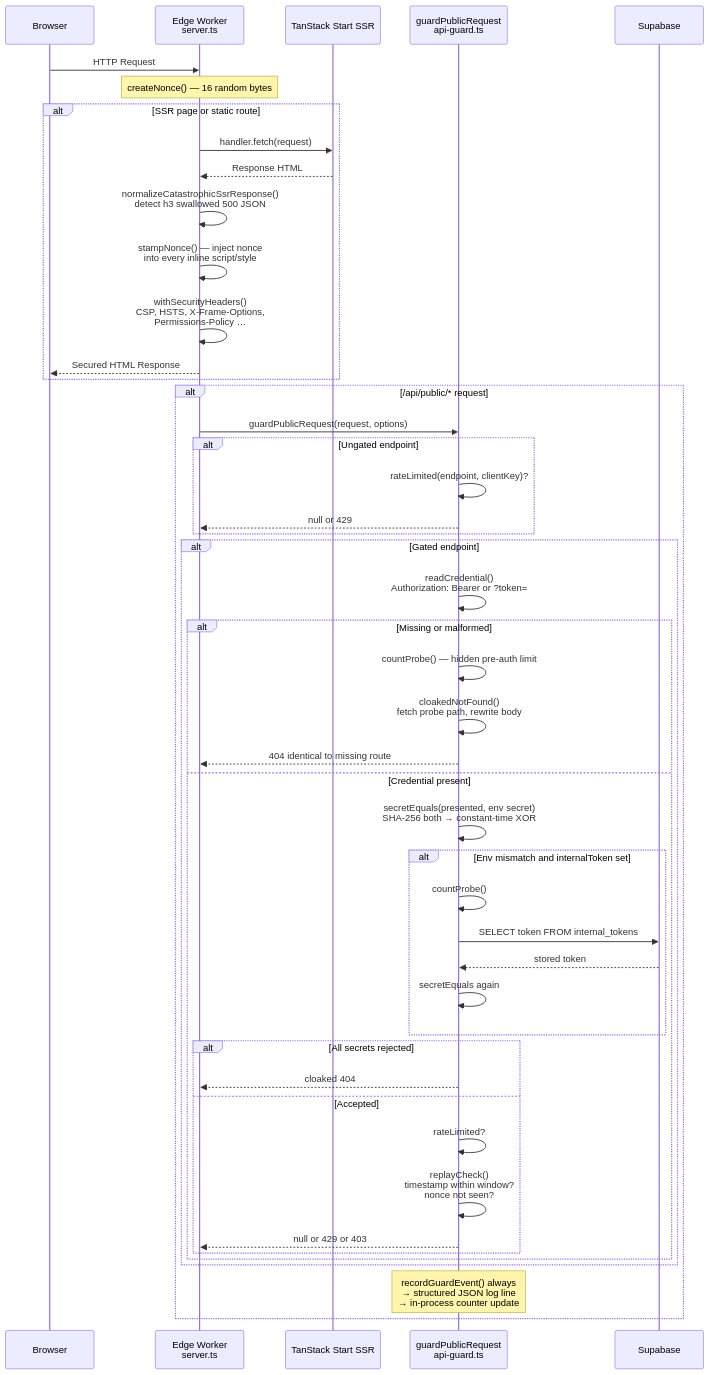
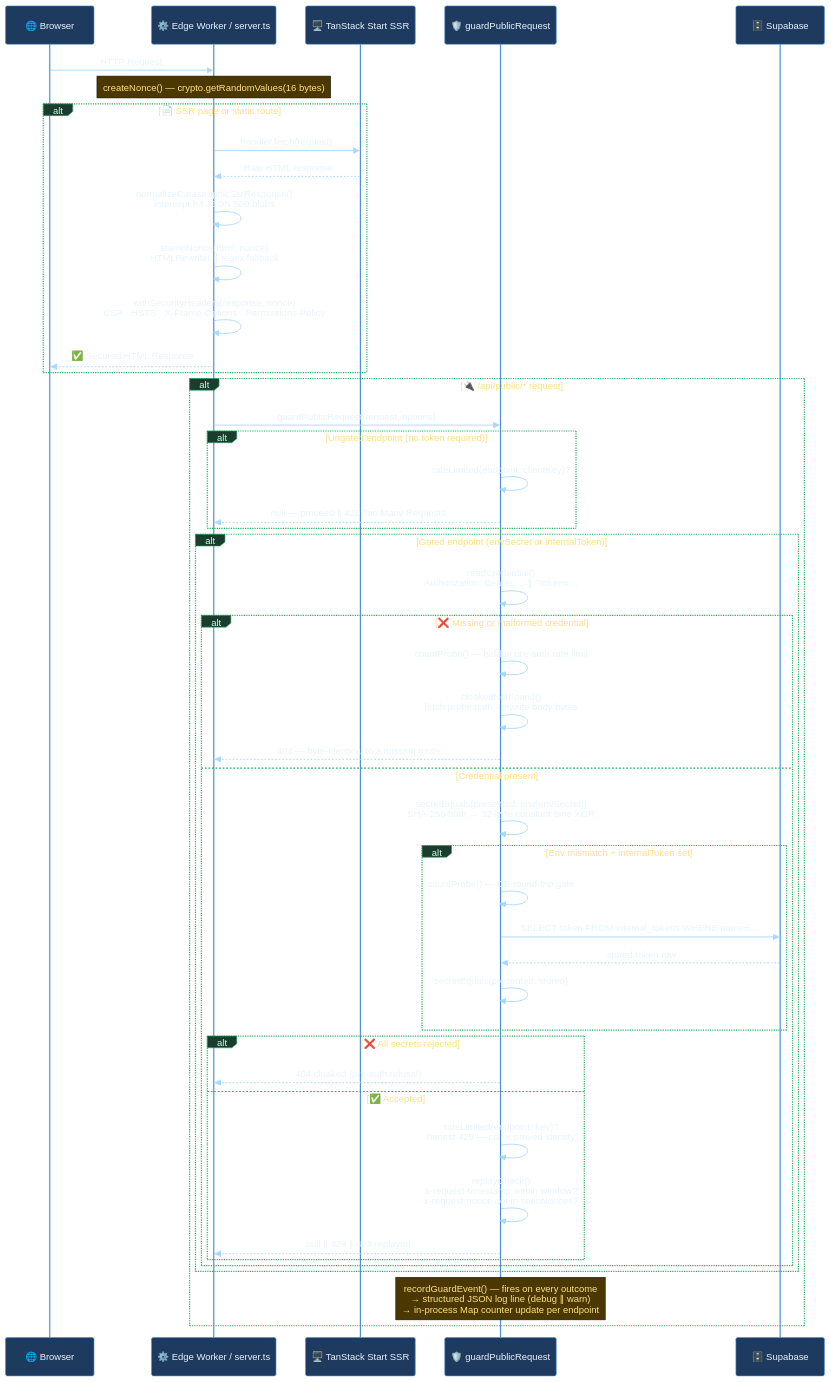
The first of 3 diagrams in docs/engineering/ADR-001.md (VIKAS9793/vouchlist), drawn with Mermaid before and after one commit. The commit also changed other lines of this file, not shown here.

Commit message:
docs(adr): rich colour themes in all 3 Mermaid diagrams; aligned table columns

````diff
--- a/docs/engineering/ADR-001.md
+++ b/docs/engineering/ADR-001.md
@@ -214,55 +217,84 @@
 ```mermaid
+%%{init: {
+  "theme": "base",
+  "themeVariables": {
+    "primaryColor":       "#1e3a5f",
+    "primaryTextColor":   "#e8f4ff",
+    "primaryBorderColor": "#4a90d9",
+    "secondaryColor":     "#2e2e2e",
+    "secondaryTextColor": "#ffffff",
+    "tertiaryColor":      "#1a3d2e",
+    "tertiaryTextColor":  "#c8ffe8",
+    "noteBkgColor":       "#4a3800",
+    "noteTextColor":      "#ffe082",
+    "activationBkgColor": "#5c3d00",
+    "activationBorderColor": "#d4860f",
+    "sequenceNumberColor": "#ffffff",
+    "actorBkg":           "#1e3a5f",
+    "actorBorder":        "#4a90d9",
+    "actorTextColor":     "#e8f4ff",
+    "actorLineColor":     "#4a90d9",
+    "signalColor":        "#a8d8ff",
+    "signalTextColor":    "#e8f4ff",
+    "labelBoxBkgColor":   "#1a3d2e",
+    "labelBoxBorderColor":"#27ae60",
+    "labelTextColor":     "#c8ffe8",
+    "loopTextColor":      "#ffe082",
+    "altSectionBkgColor": "#1f2a1f",
+    "altSectionBkgColor2":"#1a1a2e"
+  }
+}}%%
 sequenceDiagram
-    participant B as Browser
-    participant W as Edge Worker<br/>server.ts
-    participant SSR as TanStack Start SSR
-    participant G as guardPublicRequest<br/>api-guard.ts
-    participant SB as Supabase
+    participant B  as 🌐 Browser
+    participant W  as ⚙️ Edge Worker / server.ts
+    participant SSR as 🖥️ TanStack Start SSR
+    participant G  as 🛡️ guardPublicRequest
+    participant SB as 🗄️ Supabase
 
     B->>W: HTTP Request
-    note over W: createNonce() — 16 random bytes
+    note over W: createNonce() — crypto.getRandomValues(16 bytes)
 
-    alt SSR page or static route
+    alt 📄 SSR page or static route
         W->>SSR: handler.fetch(request)
-        SSR-->>W: Response HTML
-        W->>W: normalizeCatastrophicSsrResponse()<br/>detect h3 swallowed 500 JSON
-        W->>W: stampNonce() — inject nonce<br/>into every inline script/style
-        W->>W: withSecurityHeaders()<br/>CSP, HSTS, X-Frame-Options,<br/>Permissions-Policy …
-        W-->>B: Secured HTML Response
+        SSR-->>W: Raw HTML response
+        W->>W: normalizeCatastrophicSsrResponse()<br/>intercept h3 JSON 500 blobs
+        W->>W: stampNonce(html, nonce)<br/>HTMLRewriter ∥ regex fallback
+        W->>W: withSecurityHeaders(response, nonce)<br/>CSP · HSTS · X-Frame-Options · Permissions-Policy
+        W-->>B: ✅ Secured HTML Response
     end
 
-    alt /api/public/* request
+    alt 🔌 /api/public/* request
         W->>G: guardPublicRequest(request, options)
 
-        alt Ungated endpoint
+        alt Ungated endpoint (no token required)
             G->>G: rateLimited(endpoint, clientKey)?
-            G-->>W: null or 429
+            G-->>W: null — proceed ∥ 429 Too Many Requests
         end
 
-        alt Gated endpoint
-            G->>G: readCredential()<br/>Authorization: Bearer or ?token=
-            alt Missing or malformed
-                G->>G: countProbe() — hidden pre-auth limit
-                G->>G: cloakedNotFound()<br/>fetch probe path, rewrite body
-                G-->>W: 404 identical to missing route
+        alt Gated endpoint (envSecret or internalToken)
+            G->>G: readCredential()<br/>Authorization: Bearer … ∥ ?token=…
+            alt ❌ Missing or malformed credential
+                G->>G: countProbe() — hidden pre-auth rate limit
+                G->>G: cloakedNotFound()<br/>fetch probe path · rewrite body bytes
+                G-->>W: 404 — byte-identical to a missing route
             else Credential present
-                G->>G: secretEquals(presented, env secret)<br/>SHA-256 both → constant-time XOR
-                alt Env mismatch and internalToken set
-                    G->>G: countProbe()
-                    G->>SB: SELECT token FROM internal_tokens
-                    SB-->>G: stored token
-                    G->>G: secretEquals again
+                G->>G: secretEquals(presented, env[envSecret])<br/>SHA-256 both → 32-byte constant-time XOR
+                alt Env mismatch + internalToken set
+                    G->>G: countProbe() — DB round-trip gate
+                    G->>SB: SELECT token FROM internal_tokens WHERE name=…
+                    SB-->>G: stored token row
+                    G->>G: secretEquals(presented, stored)
                 end
-                alt All secrets rejected
-                    G-->>W: cloaked 404
-                else Accepted
-                    G->>G: rateLimited?
-                    G->>G: replayCheck()<br/>timestamp within window?<br/>nonce not seen?
-                    G-->>W: null or 429 or 403
+                alt ❌ All secrets rejected
+                    G-->>W: 404 cloaked (pre-auth refusal)
+                else ✅ Accepted
+                    G->>G: rateLimited(endpoint, key)?<br/>honest 429 — caller proved identity
+                    G->>G: replayCheck()<br/>x-request-timestamp within window?<br/>x-request-nonce not in seenNonces?
+                    G-->>W: null ∥ 429 ∥ 403 replayed
                 end
             end
         end
 
-        note over G: recordGuardEvent() always<br/>→ structured JSON log line<br/>→ in-process counter update
+        note over G: recordGuardEvent() — fires on every outcome<br/>→ structured JSON log line (debug ∥ warn)<br/>→ in-process Map counter update per endpoint
     end
 ```
````
